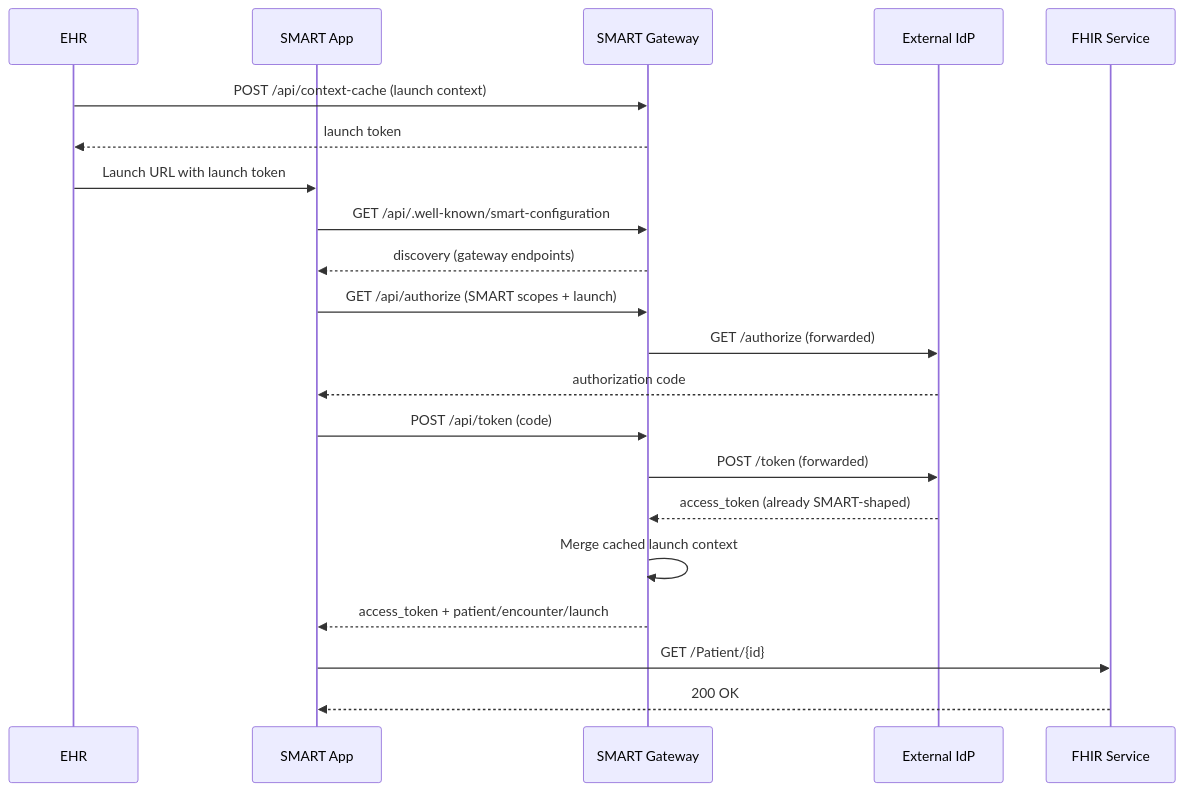
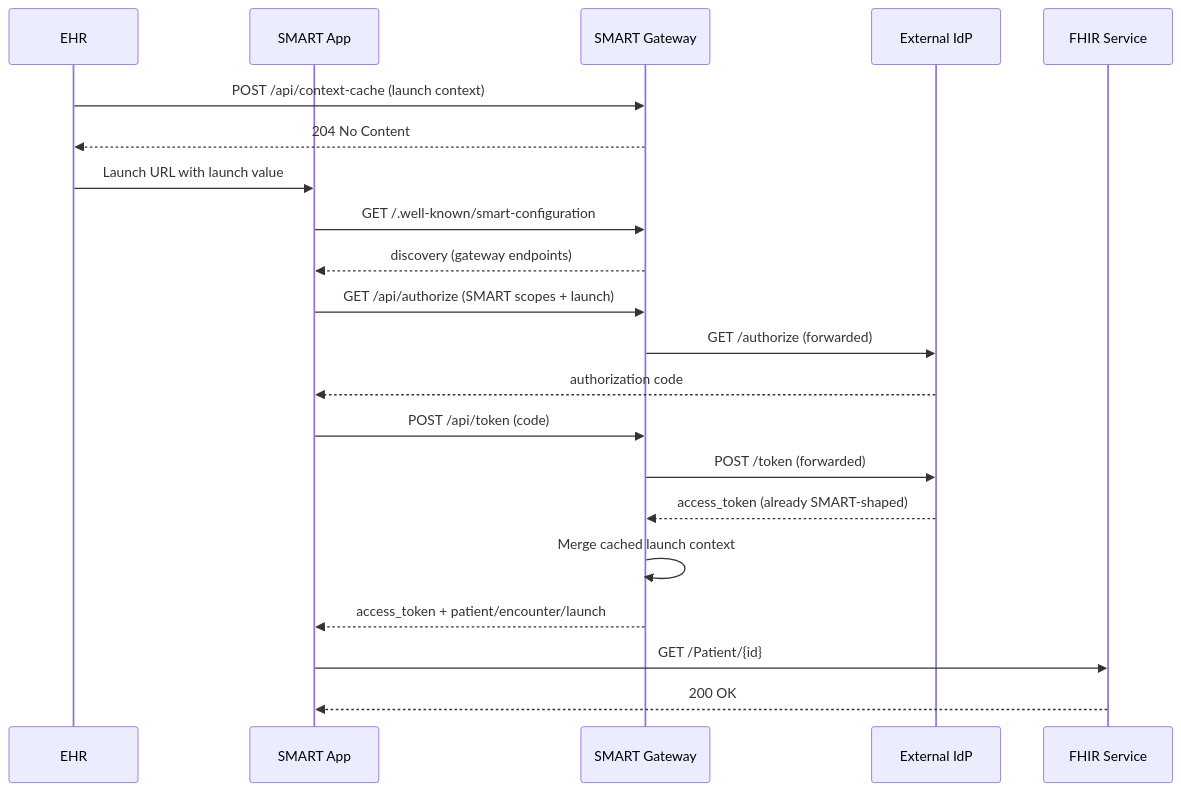
Before and after one commit to Azure-Samples/azure-health-data-and-ai-samples: the fourth of 8 diagrams in samples/smartonfhir-smartnative-v2/docs/technical-guide.md, drawn with Mermaid. The commit also changed other lines of this file and 9 other files, not shown here.

````diff
--- a/samples/smartonfhir-smartnative-v2/docs/technical-guide.md
+++ b/samples/smartonfhir-smartnative-v2/docs/technical-guide.md
@@ -171,24 +186,24 @@
 ```mermaid
 sequenceDiagram
     participant EHR
     participant App as SMART App
     participant GW as SMART Gateway
     participant IdP as External IdP
     participant FHIR as FHIR Service
 
     EHR->>GW: POST /api/context-cache (launch context)
-    GW-->>EHR: launch token
-    EHR->>App: Launch URL with launch token
-    App->>GW: GET /api/.well-known/smart-configuration
+    GW-->>EHR: 204 No Content
+    EHR->>App: Launch URL with launch value
+    App->>GW: GET /.well-known/smart-configuration
     GW-->>App: discovery (gateway endpoints)
     App->>GW: GET /api/authorize (SMART scopes + launch)
     GW->>IdP: GET /authorize (forwarded)
     IdP-->>App: authorization code
     App->>GW: POST /api/token (code)
     GW->>IdP: POST /token (forwarded)
     IdP-->>GW: access_token (already SMART-shaped)
     GW->>GW: Merge cached launch context
     GW-->>App: access_token + patient/encounter/launch
     App->>FHIR: GET /Patient/{id}
     FHIR-->>App: 200 OK
 ```
````
